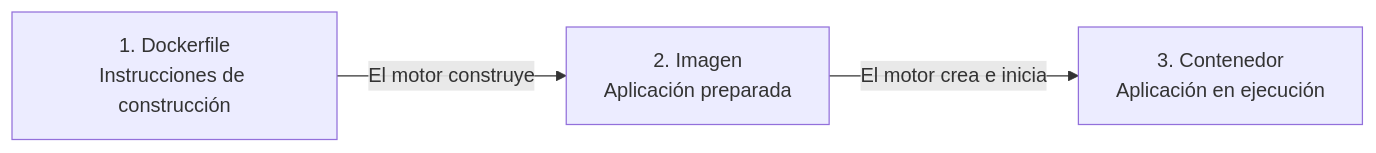
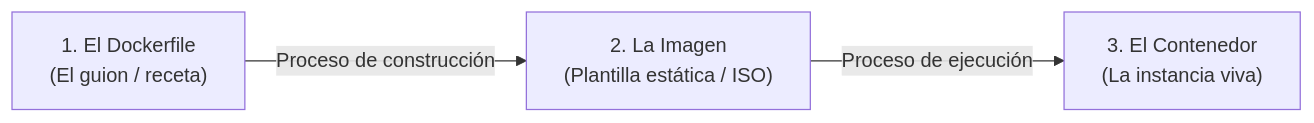
One commit to ieftraining/curso-openshift changed the second of 4 diagrams in docs/sesion1/1.2 de servidor a contendor.md. Above: the diagram before and after it, drawn with Mermaid. The commit also changed other lines of this file, not shown here.

````diff
--- a/docs/sesion1/1.2 de servidor a contendor.md
+++ b/docs/sesion1/1.2 de servidor a contendor.md
@@ -52,5 +52,5 @@
 ```mermaid
 flowchart LR
-    A["1. Dockerfile<br>Instrucciones de construcción"] -->|"El motor construye"| B["2. Imagen<br>Aplicación preparada"]
-    B -->|"El motor crea e inicia"| C["3. Contenedor<br>Aplicación en ejecución"]
+    A["1. El Dockerfile<br>(El guion / receta)"] -->|"Proceso de construcción"| B["2. La Imagen<br>(Plantilla estática / ISO)"]
+    B -->|"Proceso de ejecución"| C["3. El Contenedor<br>(La instancia viva)"]
 ```
````
